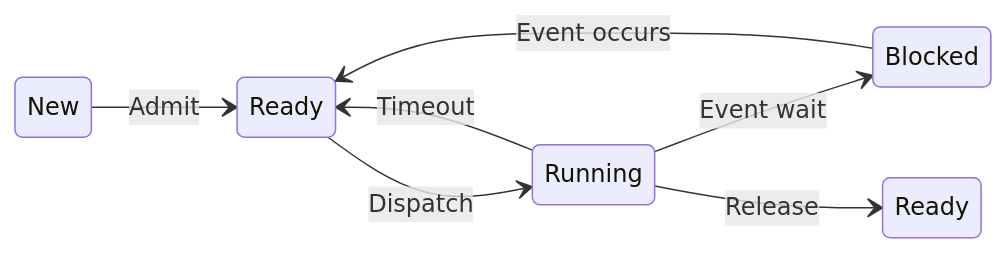
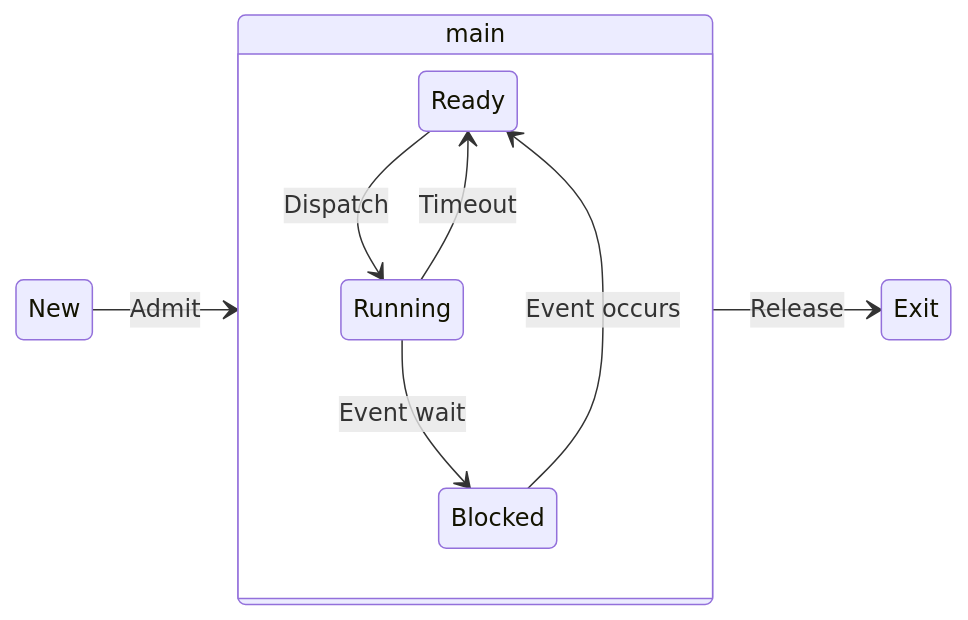
One commit to angelromarco04/MyNotes changed the second of 3 diagrams in CS/OS/data/23_life.md. Above: the diagram before and after it, drawn with Mermaid. The commit also changed other lines of this file and 2 other files, not shown here.

````diff
--- a/CS/OS/data/23_life.md
+++ b/CS/OS/data/23_life.md
@@ -34,18 +38,21 @@
 ```mermaid
 stateDiagram
     direction LR
 	A1: New
 	A2: Ready
 	A3: Running
 	A4: Blocked
-	A5: Ready
+	A5: Exit
 
 
-    A1 -->  A2: Admit
-	A2 --> A3: Dispatch
-	A3 --> A2: Timeout
-	A3 --> A4: Event wait
-	A4 --> A2: Event occurs
-	A3 --> A5: Release
+    A1 -->  main: Admit
+	state main {
+		direction TB
+		A2 --> A3: Dispatch
+		A3 --> A2: Timeout
+		A3 --> A4: Event wait
+		A4 --> A2: Event occurs
+	}
+	main --> A5: Release
     
 ```
````
